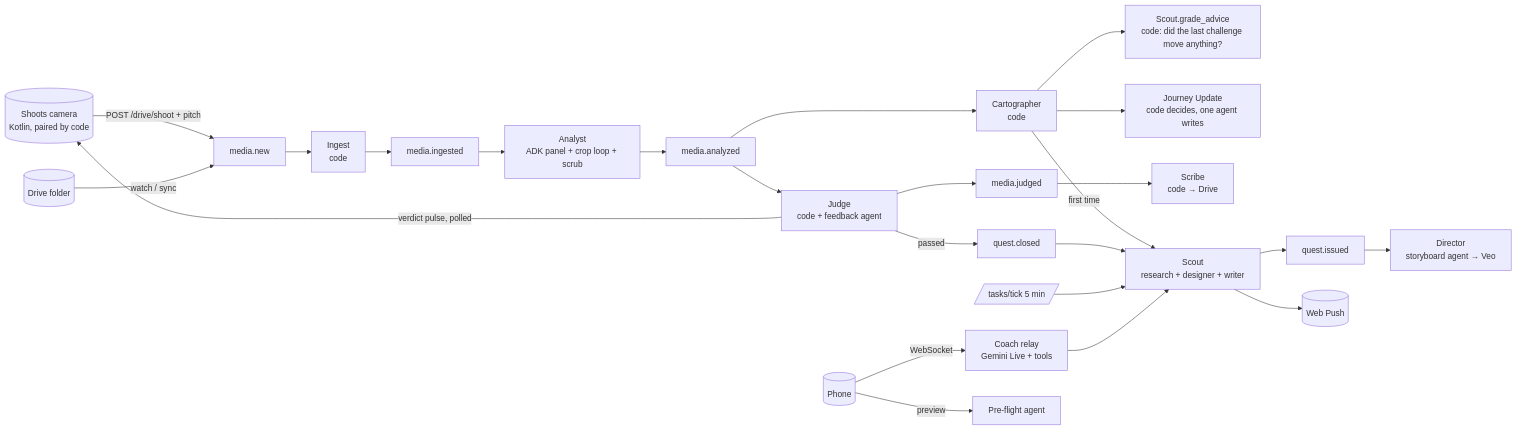
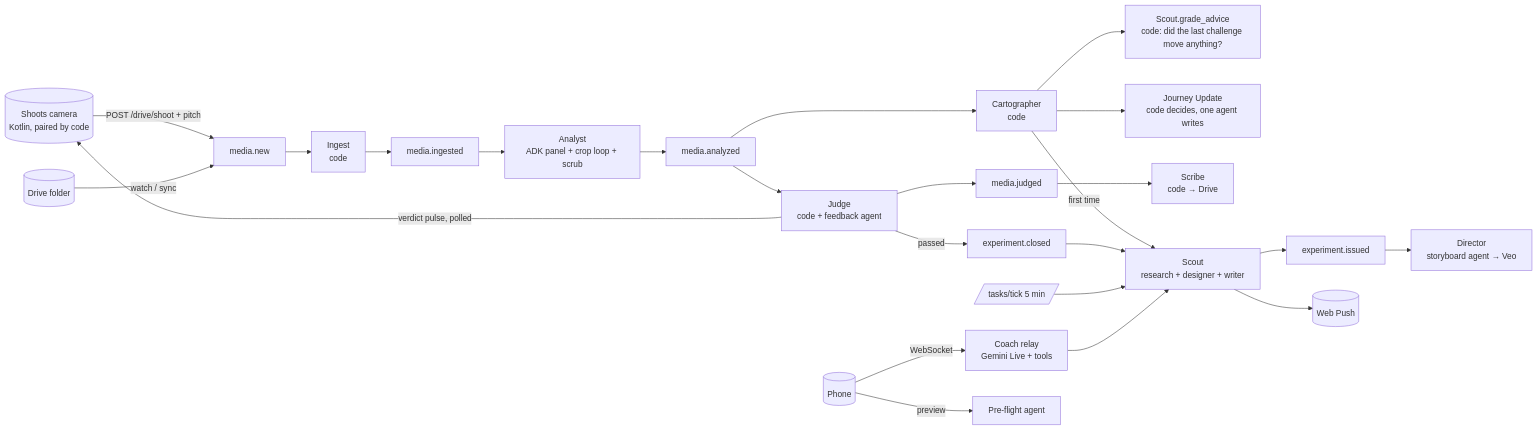
One commit to fikri2992/shoots changed the first of 2 diagrams in docs/agents.md. Above: the diagram before and after it, drawn with Mermaid. The commit also changed other lines of this file and 75 other files, not shown here.

First line of the commit message:
Quest becomes Experiment, topics included

````diff
--- a/docs/agents.md
+++ b/docs/agents.md
@@ -45,26 +45,26 @@
 ```mermaid
 flowchart LR
   CAM[(Shoots camera<br/>Kotlin, paired by code)] -->|POST /drive/shoot + pitch| NEW
   D[(Drive folder)] -->|watch / sync| NEW[media.new]
   NEW --> ING[Ingest<br/>code]
   ING --> INGD[media.ingested]
   INGD --> AN[Analyst<br/>ADK panel + crop loop + scrub]
   AN --> ANZ[media.analyzed]
   ANZ --> CART[Cartographer<br/>code]
   CART --> GRADE[Scout.grade_advice<br/>code: did the last challenge move anything?]
   CART --> JU[Journey Update<br/>code decides, one agent writes]
   ANZ --> JUD[Judge<br/>code + feedback agent]
   JUD --> JUDG[media.judged]
   JUDG --> SCR[Scribe<br/>code → Drive]
-  JUD -->|passed| QC[quest.closed]
+  JUD -->|passed| QC[experiment.closed]
   CART -->|first time| SC
   QC --> SC[Scout<br/>research + designer + writer]
   TICK[/tasks/tick 5 min/] --> SC
-  SC --> QI[quest.issued]
+  SC --> QI[experiment.issued]
   QI --> DIR[Director<br/>storyboard agent → Veo]
   SC --> PUSH[(Web Push)]
   JUD -->|verdict pulse, polled| CAM
   PH[(Phone)] -->|WebSocket| COACH[Coach relay<br/>Gemini Live + tools]
   COACH --> SC
   PH -->|preview| PRE[Pre-flight agent]
 ```
````
